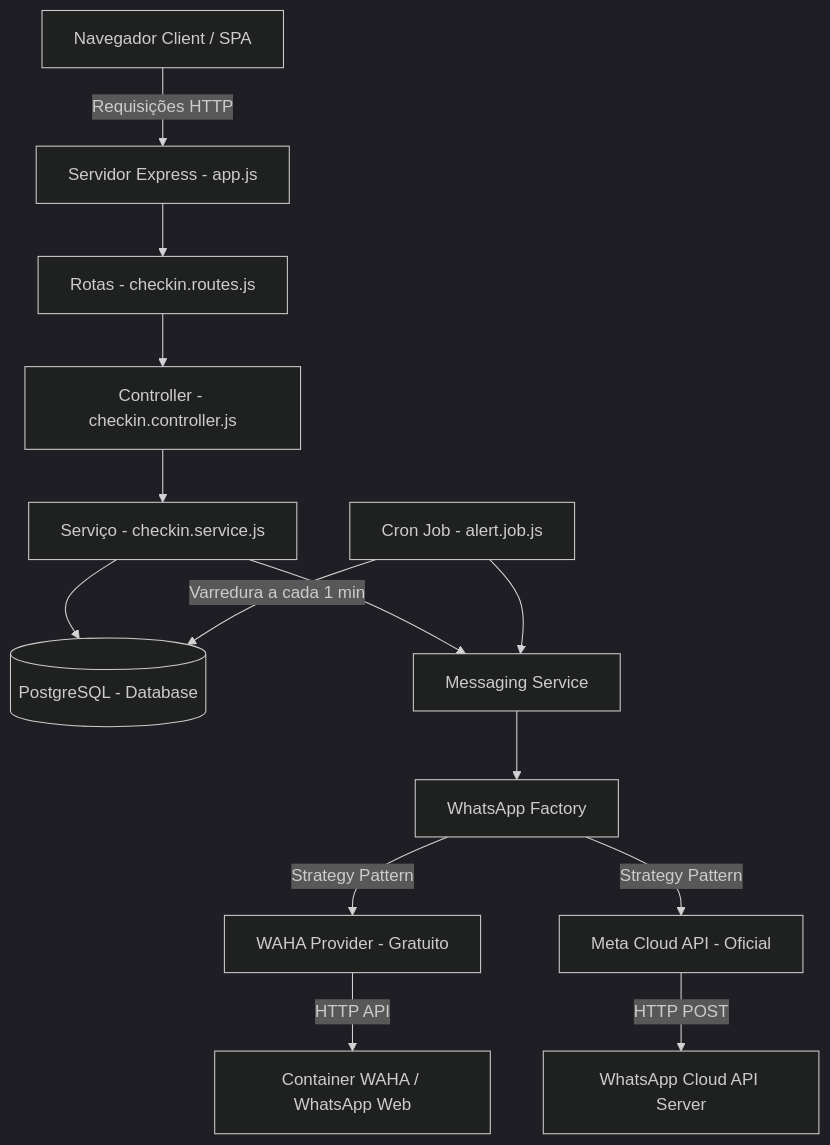
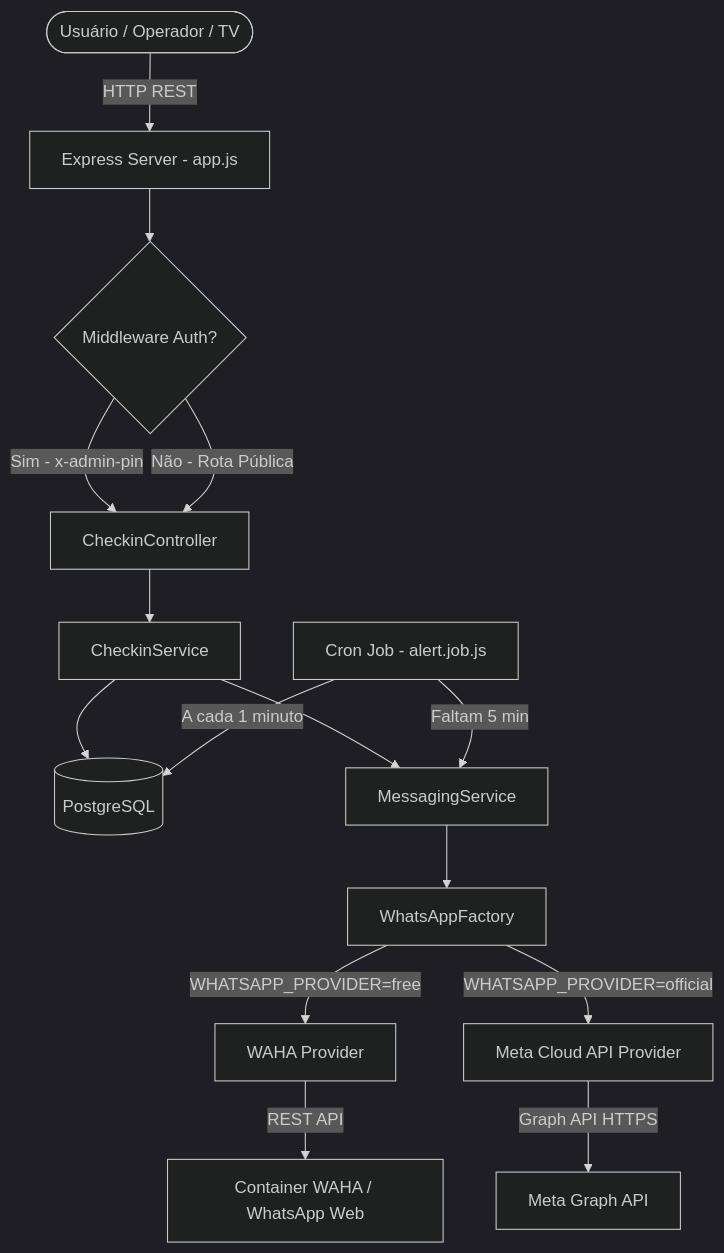
Before and after one commit to BezerraPH/Kids9: the diagram in README.md, drawn with Mermaid (dark theme). The commit also changed other lines of this file and 2 other files, not shown here.

````diff
--- a/README.md
+++ b/README.md
@@ -44,20 +111,21 @@
 ```mermaid
 graph TD
-    Client[Navegador Client / SPA] -->|Requisições HTTP| Express[Servidor Express - app.js]
-    Express --> Router[Rotas - checkin.routes.js]
-    Router --> Controller[Controller - checkin.controller.js]
-    Controller --> Service[Serviço - checkin.service.js]
+    User([Usuário / Operador / TV]) -->|HTTP REST| Express[Express Server - app.js]
+    Express --> AuthMiddleware{Middleware Auth?}
+    AuthMiddleware -->|Sim - x-admin-pin| Controller[CheckinController]
+    AuthMiddleware -->|Não - Rota Pública| Controller
     
-    Service --> Database[(PostgreSQL - Database)]
-    Service --> MsgService[Messaging Service]
+    Controller --> Service[CheckinService]
+    Service --> DB[(PostgreSQL)]
+    Service --> MsgService[MessagingService]
     
-    Cron[Cron Job - alert.job.js] -->|Varredura a cada 1 min| Database
-    Cron --> MsgService
+    CronJob[Cron Job - alert.job.js] -->|A cada 1 minuto| DB
+    CronJob -->|Faltam 5 min| MsgService
     
-    MsgService --> Factory[WhatsApp Factory]
-    Factory -->|Strategy Pattern| Waha[WAHA Provider - Gratuito]
-    Factory -->|Strategy Pattern| Meta[Meta Cloud API - Oficial]
+    MsgService --> Factory[WhatsAppFactory]
+    Factory -->|WHATSAPP_PROVIDER=free| WAHA[WAHA Provider]
+    Factory -->|WHATSAPP_PROVIDER=official| Meta[Meta Cloud API Provider]
     
-    Waha -->|HTTP API| WahaContainer[Container WAHA / WhatsApp Web]
-    Meta -->|HTTP POST| MetaAPI[WhatsApp Cloud API Server]
+    WAHA -->|REST API| WAHAService[Container WAHA / WhatsApp Web]
+    Meta -->|Graph API HTTPS| MetaGraphAPI[Meta Graph API]
 ```
````
